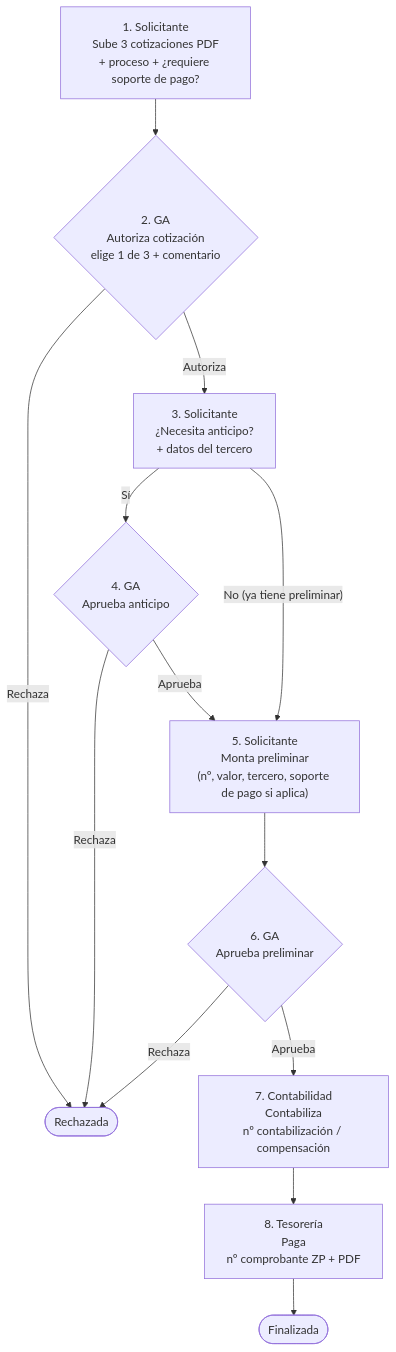
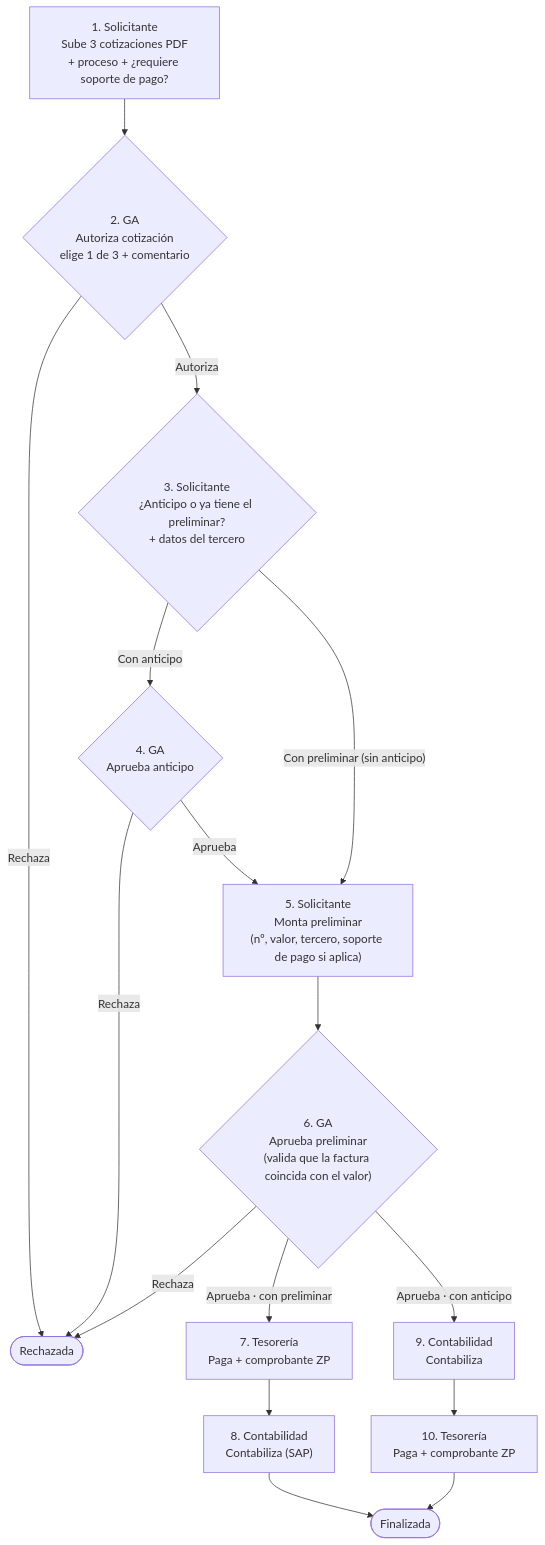
Before and after one commit to cesararr1108/control-gastos: the first of 3 diagrams in docs/FLUJOS.md, drawn with Mermaid. The commit also changed other lines of this file and 2 other files, not shown here.

First line of the commit message:
Cotización: elegir anticipo o preliminar tras autorizar la cotización; advertencia al crear

````diff
--- a/docs/FLUJOS.md
+++ b/docs/FLUJOS.md
@@ -41,18 +44,21 @@
 ```mermaid
 flowchart TD
     A["1. Solicitante<br/>Sube 3 cotizaciones PDF<br/>+ proceso + ¿requiere soporte de pago?"] --> B
     B{"2. GA<br/>Autoriza cotización<br/>elige 1 de 3 + comentario"}
     B -- Rechaza --> X([Rechazada])
     B -- Autoriza --> C
-    C["3. Solicitante<br/>¿Necesita anticipo?<br/>+ datos del tercero"]
-    C -- Sí --> D{"4. GA<br/>Aprueba anticipo"}
-    C -- "No (ya tiene preliminar)" --> E
+    C{"3. Solicitante<br/>¿Anticipo o ya tiene el preliminar?<br/>+ datos del tercero"}
+    C -- "Con anticipo" --> D{"4. GA<br/>Aprueba anticipo"}
+    C -- "Con preliminar (sin anticipo)" --> E
     D -- Rechaza --> X
     D -- Aprueba --> E
     E["5. Solicitante<br/>Monta preliminar<br/>(nº, valor, tercero, soporte de pago si aplica)"] --> F
-    F{"6. GA<br/>Aprueba preliminar"}
+    F{"6. GA<br/>Aprueba preliminar<br/>(valida que la factura coincida con el valor)"}
     F -- Rechaza --> X
-    F -- Aprueba --> G
-    G["7. Contabilidad<br/>Contabiliza<br/>nº contabilización / compensación"] --> H
-    H["8. Tesorería<br/>Paga<br/>nº comprobante ZP + PDF"] --> Z([Finalizada])
+    F -- "Aprueba · con preliminar" --> P1
+    F -- "Aprueba · con anticipo" --> C1
+    P1["7. Tesorería<br/>Paga + comprobante ZP"] --> C2["8. Contabilidad<br/>Contabiliza (SAP)"]
+    C1["9. Contabilidad<br/>Contabiliza"] --> P2["10. Tesorería<br/>Paga + comprobante ZP"]
+    C2 --> Z([Finalizada])
+    P2 --> Z
 ```
````
